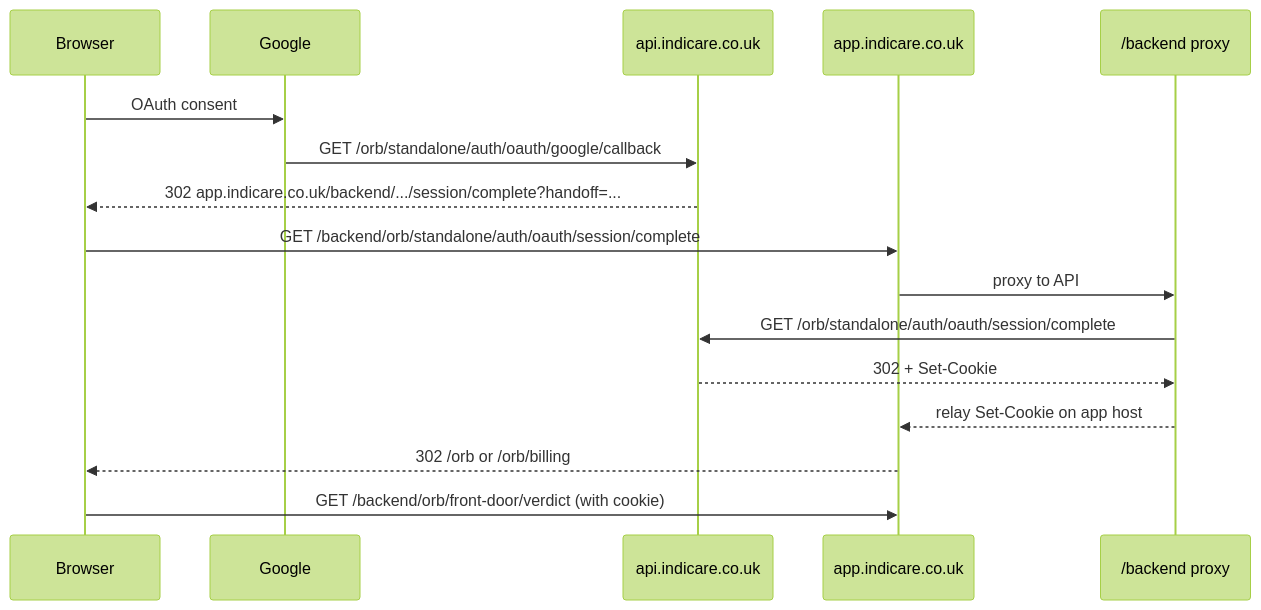
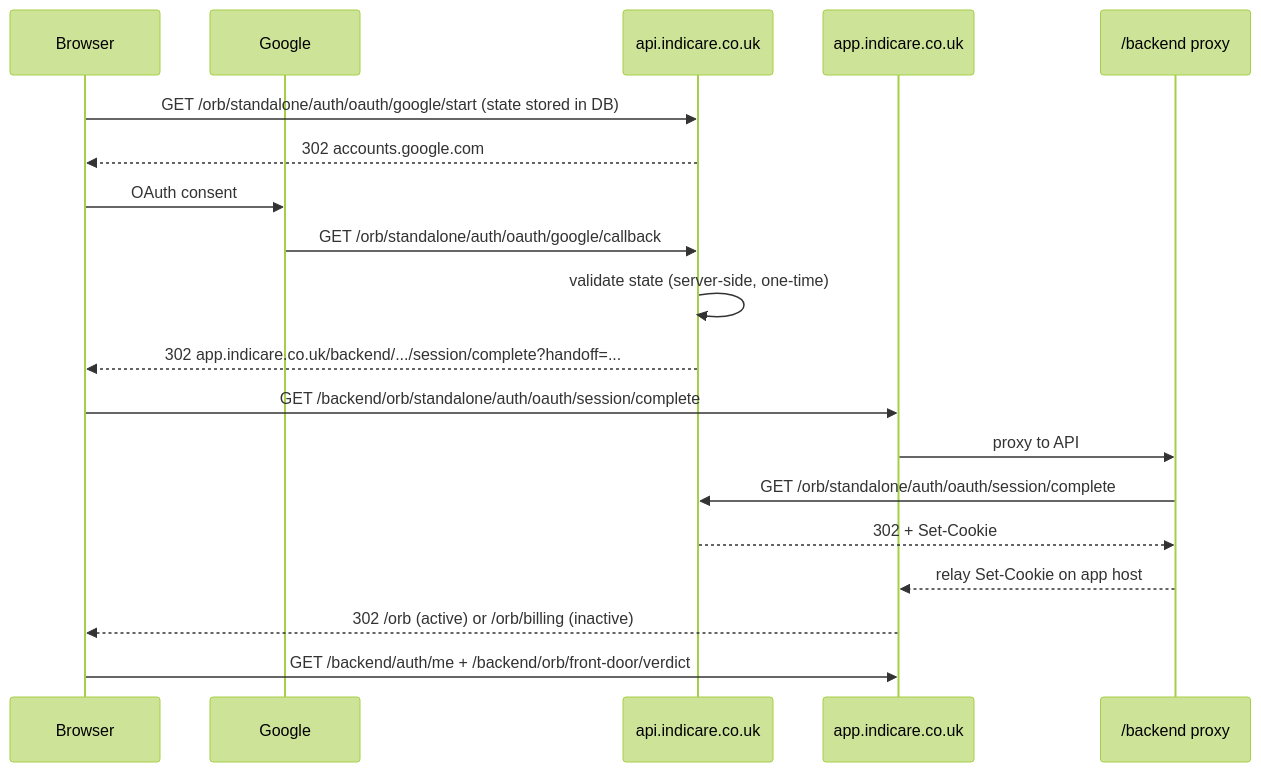
The diagram in docs/orb-google-oauth-session-complete-debug.md (thomaskelly05/childrens-homes-assistant-backend), drawn with Mermaid (forest theme) before and after one commit. The commit also changed other lines of this file and 11 other files, not shown here.

First line of the commit message:
Fix ORB Google OAuth state validation across app/API hosts

````diff
--- a/docs/orb-google-oauth-session-complete-debug.md
+++ b/docs/orb-google-oauth-session-complete-debug.md
@@ -78,19 +127,22 @@
 ```mermaid
 sequenceDiagram
     participant Browser
     participant Google
     participant API as api.indicare.co.uk
     participant App as app.indicare.co.uk
     participant Proxy as /backend proxy
 
+    Browser->>API: GET /orb/standalone/auth/oauth/google/start (state stored in DB)
+    API-->>Browser: 302 accounts.google.com
     Browser->>Google: OAuth consent
     Google->>API: GET /orb/standalone/auth/oauth/google/callback
+    API->>API: validate state (server-side, one-time)
     API-->>Browser: 302 app.indicare.co.uk/backend/.../session/complete?handoff=...
     Browser->>App: GET /backend/orb/standalone/auth/oauth/session/complete
     App->>Proxy: proxy to API
     Proxy->>API: GET /orb/standalone/auth/oauth/session/complete
     API-->>Proxy: 302 + Set-Cookie
     Proxy-->>App: relay Set-Cookie on app host
-    App-->>Browser: 302 /orb or /orb/billing
-    Browser->>App: GET /backend/orb/front-door/verdict (with cookie)
+    App-->>Browser: 302 /orb (active) or /orb/billing (inactive)
+    Browser->>App: GET /backend/auth/me + /backend/orb/front-door/verdict
 ```
````
